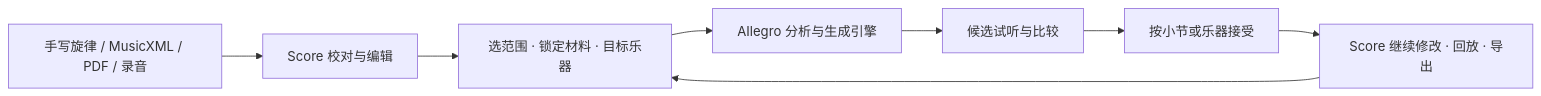
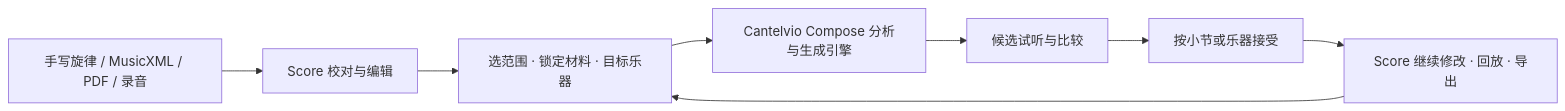
One commit to chenjinfu00/Cantelvio changed the diagram in Compose/JOINT-DEVELOPMENT-PLAN.md. Above: the diagram before and after it, drawn with Mermaid. The commit also changed other lines of this file and 196 other files, not shown here.

````diff
--- a/Compose/JOINT-DEVELOPMENT-PLAN.md
+++ b/Compose/JOINT-DEVELOPMENT-PLAN.md
@@ -23,10 +23,10 @@
 ```mermaid
 flowchart LR
   input["手写旋律 / MusicXML / PDF / 录音"] --> edit["Score 校对与编辑"]
   edit --> request["选范围 · 锁定材料 · 目标乐器"]
-  request --> engine["AIlegro 分析与生成引擎"]
+  request --> engine["Cantelvio Compose 分析与生成引擎"]
   engine --> candidates["候选试听与比较"]
   candidates --> accept["按小节或乐器接受"]
   accept --> work["Score 继续修改 · 回放 · 导出"]
   work --> request
 ```
````
